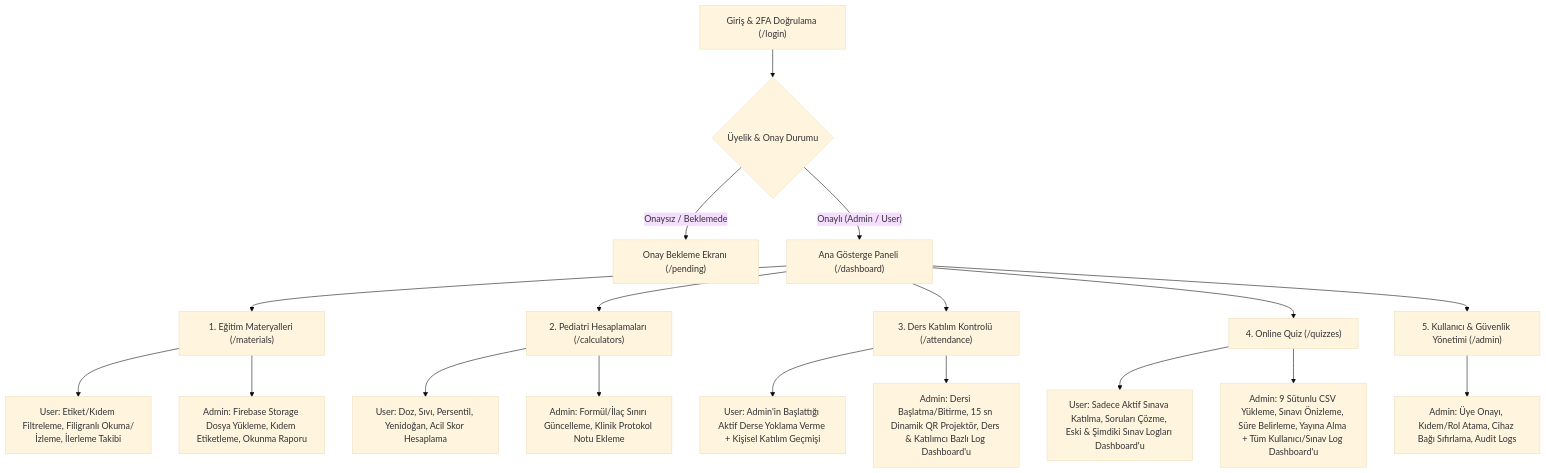
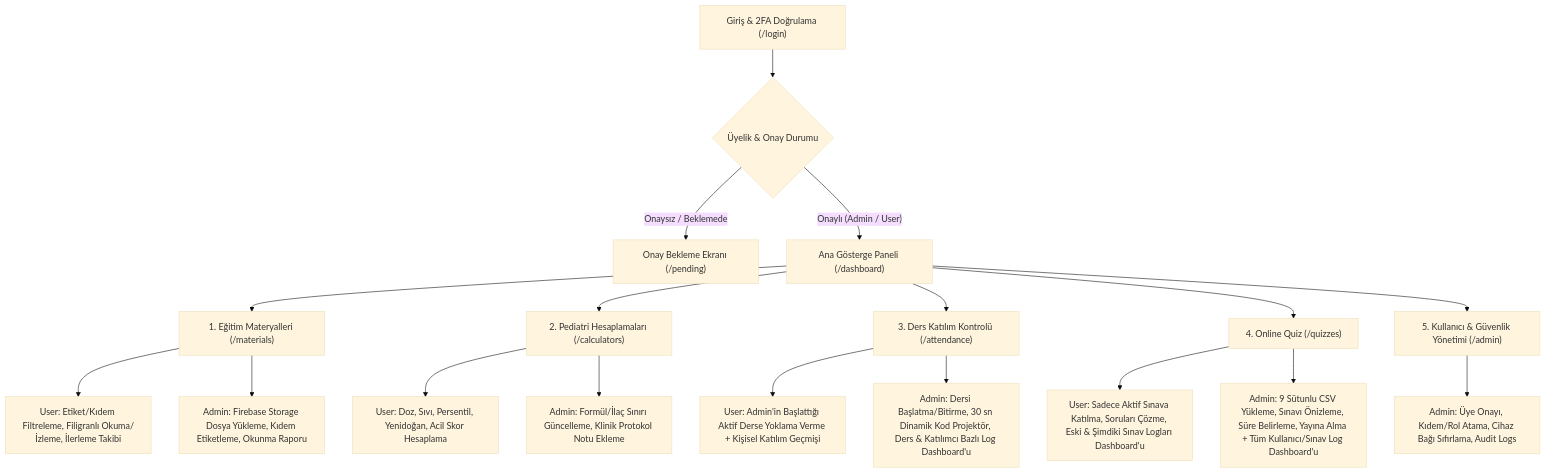
The diagram in Plan.MD (hansero/pediatrist), drawn with Mermaid (base theme) before and after one commit. The commit also changed other lines of this file and 27 other files, not shown here.

````diff
--- a/Plan.MD
+++ b/Plan.MD
@@ -114,26 +114,26 @@
 ```mermaid
 flowchart TD
     Auth["Giriş & 2FA Doğrulama (/login)"] --> Check{"Üyelik & Onay Durumu"}
     Check -- "Onaysız / Beklemede" --> Pending["Onay Bekleme Ekranı (/pending)"]
     Check -- "Onaylı (Admin / User)" --> Dash["Ana Gösterge Paneli (/dashboard)"]
 
     Dash --> P1["1. Eğitim Materyalleri (/materials)"]
     Dash --> P2["2. Pediatri Hesaplamaları (/calculators)"]
     Dash --> P3["3. Ders Katılım Kontrolü (/attendance)"]
     Dash --> P4["4. Online Quiz (/quizzes)"]
     Dash --> P5["5. Kullanıcı & Güvenlik Yönetimi (/admin)"]
 
     P1 --> P1_U["User: Etiket/Kıdem Filtreleme, Filigranlı Okuma/İzleme, İlerleme Takibi"]
     P1 --> P1_A["Admin: Firebase Storage Dosya Yükleme, Kıdem Etiketleme, Okunma Raporu"]
 
     P2 --> P2_U["User: Doz, Sıvı, Persentil, Yenidoğan, Acil Skor Hesaplama"]
     P2 --> P2_A["Admin: Formül/İlaç Sınırı Güncelleme, Klinik Protokol Notu Ekleme"]
 
     P3 --> P3_U["User: Admin'in Başlattığı Aktif Derse Yoklama Verme + Kişisel Katılım Geçmişi"]
-    P3 --> P3_A["Admin: Dersi Başlatma/Bitirme, 15 sn Dinamik QR Projektör, Ders & Katılımcı Bazlı Log Dashboard'u"]
+    P3 --> P3_A["Admin: Dersi Başlatma/Bitirme, 30 sn Dinamik Kod Projektör, Ders & Katılımcı Bazlı Log Dashboard'u"]
 
     P4 --> P4_U["User: Sadece Aktif Sınava Katılma, Soruları Çözme, Eski & Şimdiki Sınav Logları Dashboard'u"]
     P4 --> P4_A["Admin: 9 Sütunlu CSV Yükleme, Sınavı Önizleme, Süre Belirleme, Yayına Alma + Tüm Kullanıcı/Sınav Log Dashboard'u"]
 
     P5 --> P5_A["Admin: Üye Onayı, Kıdem/Rol Atama, Cihaz Bağı Sıfırlama, Audit Logs"]
 ```
````
